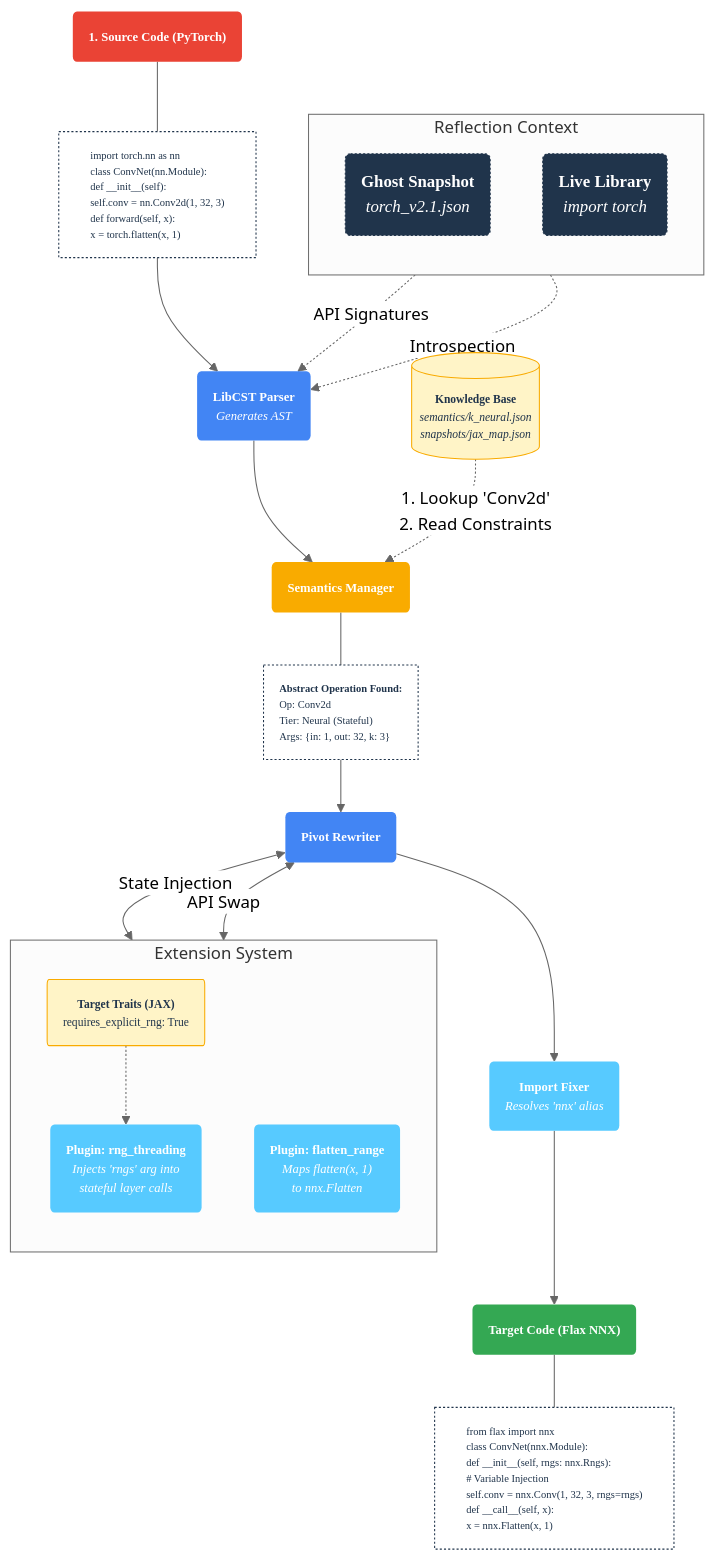
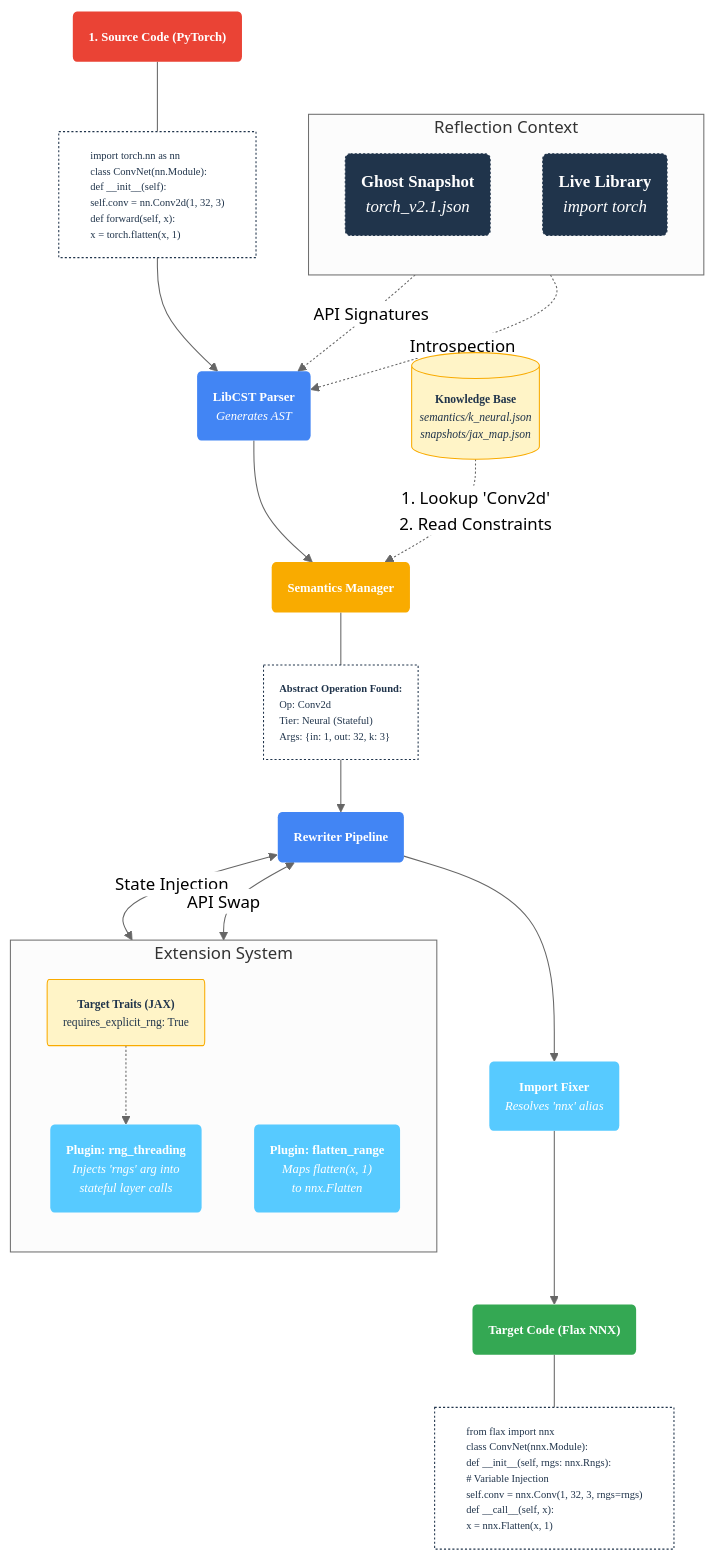
Before and after one commit to SamuelMarks/ml-switcheroo: the second of 2 diagrams in README.md, drawn with Mermaid (neutral theme). The commit also changed other lines of this file and 759 other files, not shown here.

````diff
--- a/README.md
+++ b/README.md
@@ -133,80 +134,80 @@
 ```mermaid
 graph TD
     %% --- STYLE DEFINITIONS ---
     classDef default font-family:'Google Sans',color:#20344b,stroke:#20344b,stroke-width:1px;
     classDef title font-family:'Google Sans Medium',font-size:12px,color:white,stroke-width:0px,rx:4px;
     classDef code font-family:'Roboto Mono',font-size:10px,text-align:left,fill:white,color:#20344b,stroke:#20344b,stroke-dasharray:2 2,rx:0;
     classDef db font-family:'Google Sans',font-size:11px,fill:#fff4c7,stroke:#f9ab00,stroke-width:1px,rx:2px;
 
     classDef src fill:#ea4335,color:white;
     classDef eng fill:#4285f4,color:white;
     classDef hub fill:#f9ab00,color:#20344b;
     classDef plug fill:#57caff,color:#20344b;
     classDef tgt fill:#34a853,color:white;
     classDef ghost fill:#20344b,color:white,stroke-dasharray:2 2;
 
     %% 1. SOURCE
     S_HEAD("<b>1. Source Code (PyTorch)</b>"):::src
     S_HEAD:::title
 
     S_CODE["import torch.nn as nn<br/>class ConvNet(nn.Module):<br/>  def __init__(self):<br/>    self.conv = nn.Conv2d(1, 32, 3)<br/>  def forward(self, x):<br/>    x = torch.flatten(x, 1)"]:::code
     S_HEAD --- S_CODE
 
     %% 2. PARSING & ANALYSIS
     P_LIBCST("<b>LibCST Parser</b><br/><i>Generates AST</i>"):::eng
     P_LIBCST:::title
     S_CODE --> P_LIBCST
 
     subgraph CONTEXT ["Reflection Context"]
       direction TB
       GHOST("<b>Ghost Snapshot</b><br/><i>torch_v2.1.json</i>"):::ghost
       LIVE("<b>Live Library</b><br/><i>import torch</i>"):::ghost
     end
     GHOST -.->|" API Signatures "|P_LIBCST
     LIVE -.->|" Introspection "|P_LIBCST
 
     %% 3. KNOWLEDGE LOOKUP
     HUB_HEAD("<b>Semantics Manager</b>"):::hub
     HUB_HEAD:::title
     P_LIBCST --> HUB_HEAD
 
     JSON_DB[("<b>Knowledge Base</b><br/><i>semantics/k_neural.json</i><br/><i>snapshots/jax_map.json</i>")]:::db
     JSON_DB -.->|" 1. Lookup 'Conv2d'<br/>2. Read Constraints "|HUB_HEAD
 
     ABS_NODE("<b>Abstract Operation Found:</b><br/>Op: Conv2d<br/>Tier: Neural (Stateful)<br/>Args: {in: 1, out: 32, k: 3}"):::code
     HUB_HEAD --- ABS_NODE
 
     %% 4. REWRITING REWIRING
-    REWRITE("<b>Pivot Rewriter</b>"):::eng
+    REWRITE("<b>Rewriter Pipeline</b>"):::eng
     REWRITE:::title
     ABS_NODE --> REWRITE
 
     subgraph PLUGINS ["Extension System"]
       direction TB
       target_trait("<b>Target Traits (JAX)</b><br/>requires_explicit_rng: True"):::db
       
       HOOK_DEF("<b>Plugin: rng_threading</b><br/><i>Injects 'rngs' arg into<br/>stateful layer calls</i>"):::plug
       HOOK_DEF:::title
       
       HOOK_FLAT("<b>Plugin: flatten_range</b><br/><i>Maps flatten(x, 1)<br/>to nnx.Flatten</i>"):::plug
       HOOK_FLAT:::title
 
       target_trait -.-> HOOK_DEF
     end
     
     REWRITE <-->|" State Injection "|HOOK_DEF
     REWRITE <-->|" API Swap "|HOOK_FLAT
 
     %% 5. REFINEMENT
     FIXER("<b>Import Fixer</b><br/><i>Resolves 'nnx' alias</i>"):::plug
     FIXER:::title
     REWRITE --> FIXER
 
     %% 6. TARGET
     T_HEAD("<b>Target Code (Flax NNX)</b>"):::tgt
     T_HEAD:::title
     FIXER --> T_HEAD
 
     T_CODE["from flax import nnx<br/>class ConvNet(nnx.Module):<br/>  def __init__(self, rngs: nnx.Rngs):<br/>    # Variable Injection<br/>    self.conv = nnx.Conv(1, 32, 3, rngs=rngs)<br/>  def __call__(self, x):<br/>    x = nnx.Flatten(x, 1)"]:::code
     T_HEAD --- T_CODE
 ```
````
